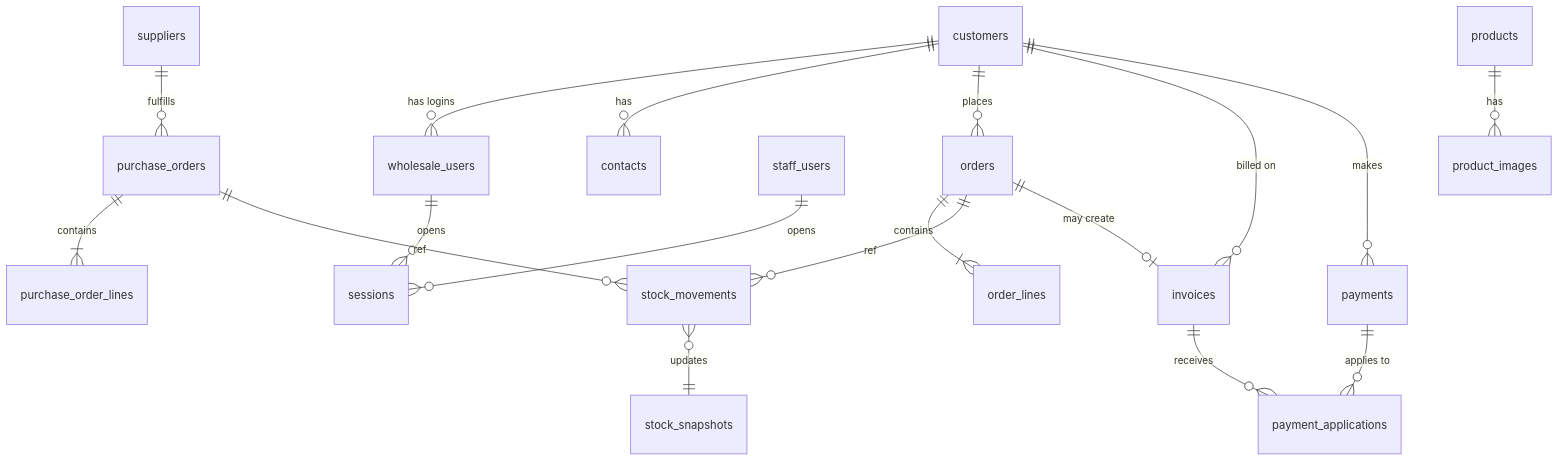
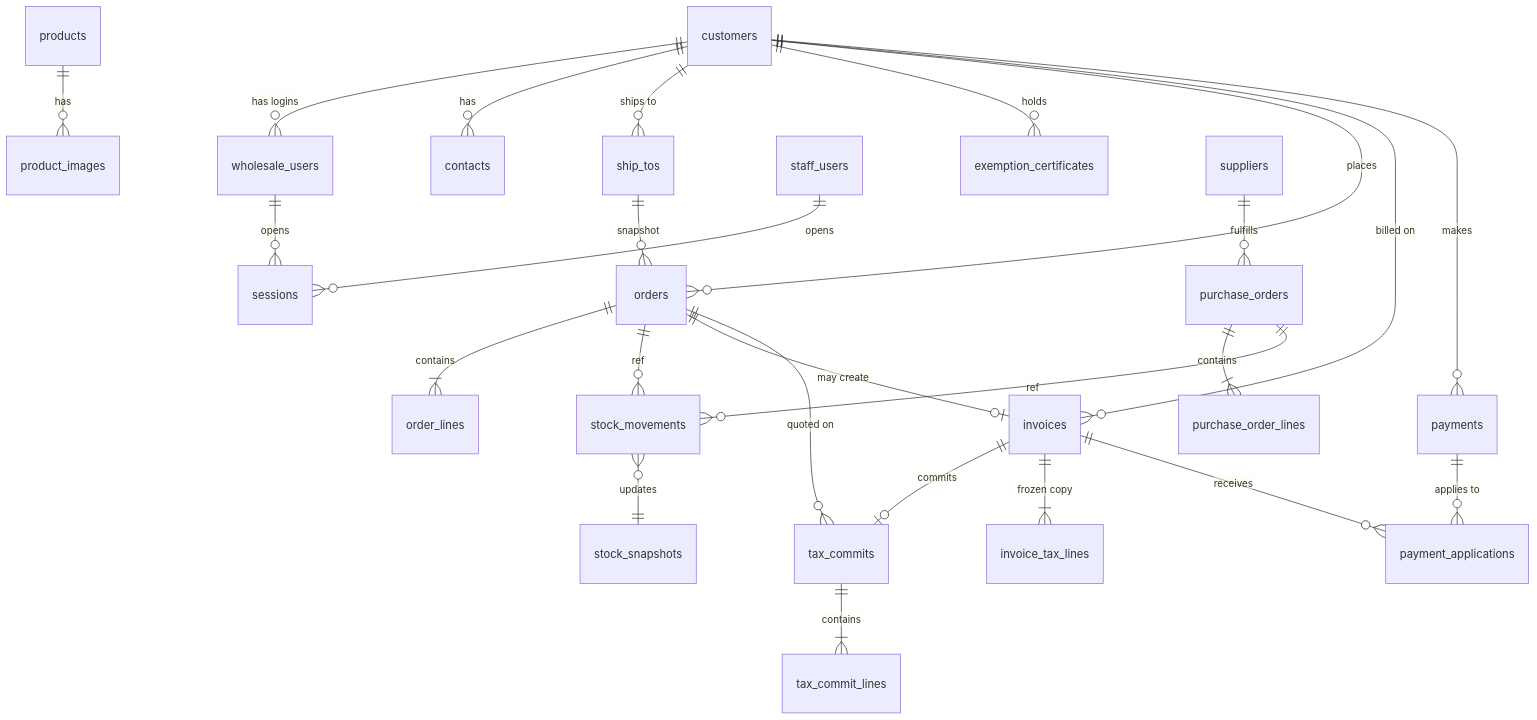
Before and after one commit to adamhinckley/dc-inventory: the second of 4 diagrams in docs/database-design.md, drawn with Mermaid. The commit also changed other lines of this file and 19 other files, not shown here.

First line of the commit message:
Put a tax engine on the v1 path: quote, commit, freeze.

````diff
--- a/docs/database-design.md
+++ b/docs/database-design.md
@@ -85,26 +103,33 @@
 ```mermaid
 erDiagram
   customers ||--o{ wholesale_users : "has logins"
   customers ||--o{ contacts : "has"
+  customers ||--o{ ship_tos : "ships to"
+  customers ||--o{ exemption_certificates : "holds"
   customers ||--o{ orders : "places"
   customers ||--o{ invoices : "billed on"
   customers ||--o{ payments : "makes"
 
   staff_users ||--o{ sessions : "opens"
   wholesale_users ||--o{ sessions : "opens"
 
   products ||--o{ product_images : "has"
 
   suppliers ||--o{ purchase_orders : "fulfills"
   purchase_orders ||--|{ purchase_order_lines : "contains"
   purchase_orders ||--o{ stock_movements : "ref"
 
+  ship_tos ||--o{ orders : "snapshot"
   orders ||--|{ order_lines : "contains"
   orders ||--o{ stock_movements : "ref"
   orders ||--o| invoices : "may create"
+  orders ||--o{ tax_commits : "quoted on"
 
   stock_movements }o--|| stock_snapshots : "updates"
 
+  invoices ||--o| tax_commits : "commits"
+  tax_commits ||--|{ tax_commit_lines : "contains"
+  invoices ||--|{ invoice_tax_lines : "frozen copy"
   invoices ||--o{ payment_applications : "receives"
   payments ||--o{ payment_applications : "applies to"
 ```
````
